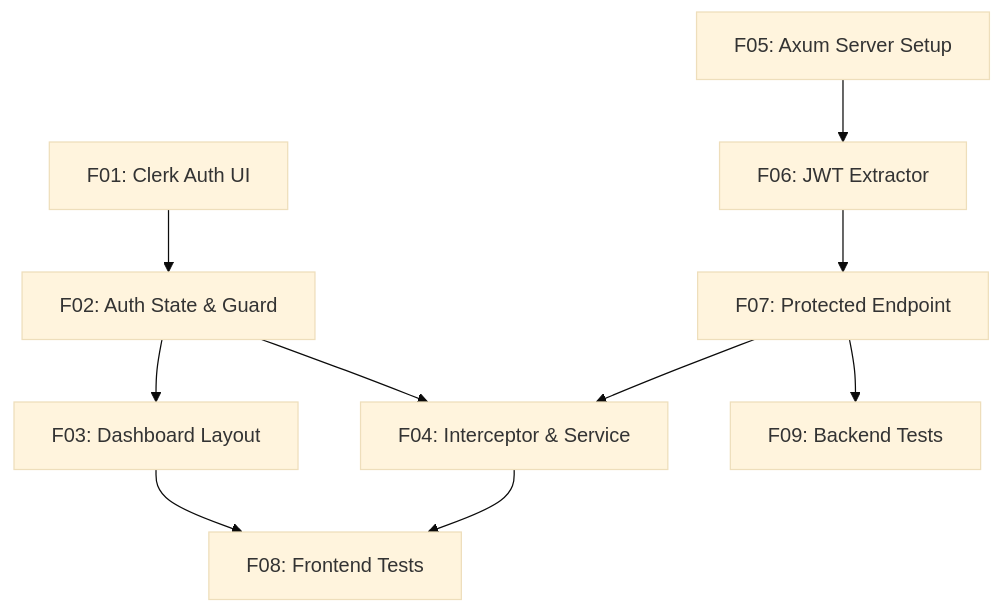
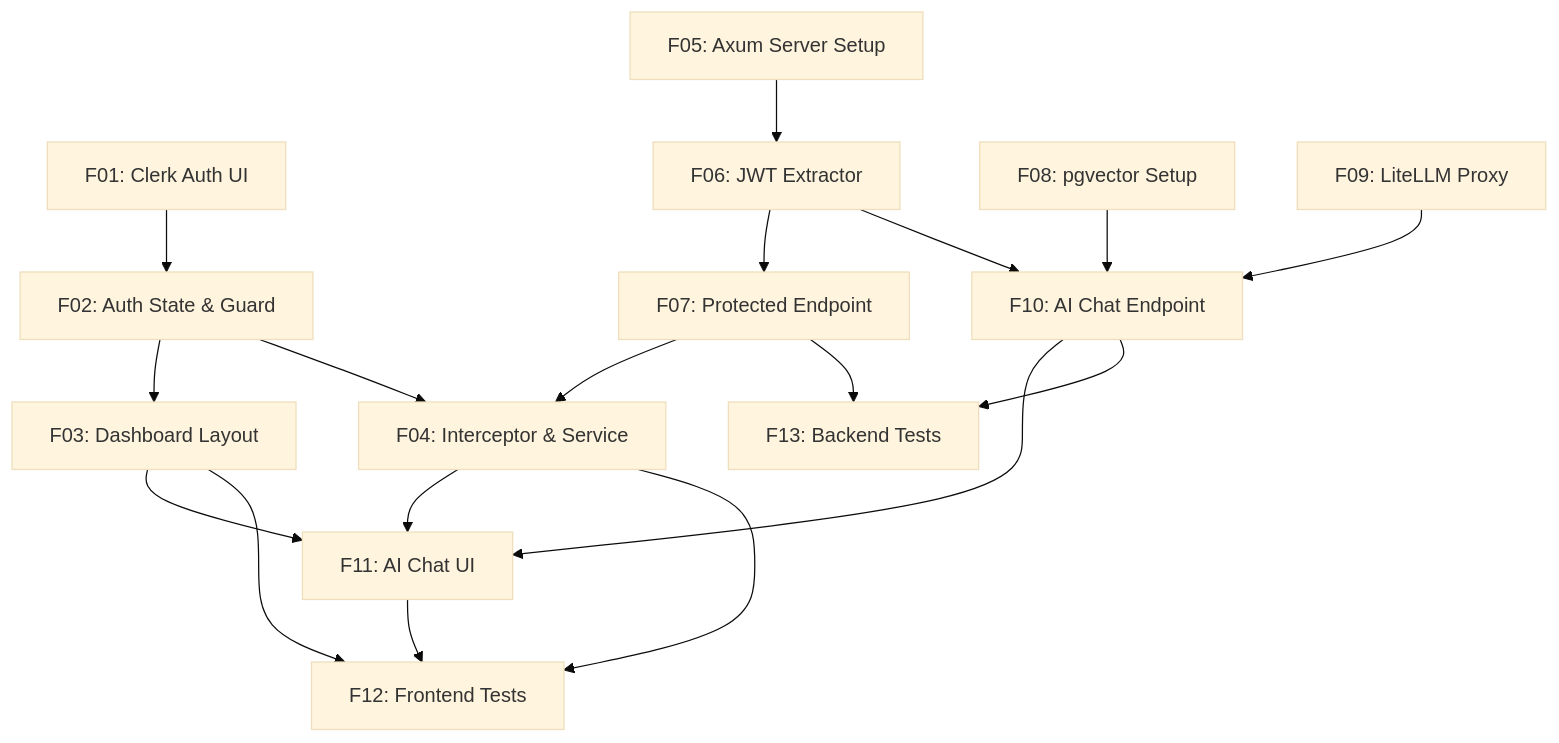
One commit to jvalsesia/angular-rust-clerk changed the diagram in prd.md. Above: the diagram before and after it, drawn with Mermaid (base theme). The commit also changed other lines of this file and 35 other files, not shown here.

Commit message:
feat: implement AI chat workspace with pgvector integration and LiteLLM proxy support

````diff
--- a/prd.md
+++ b/prd.md
@@ -282,12 +394,20 @@
 ```mermaid
 graph TD
   F01[F01: Clerk Auth UI] --> F02[F02: Auth State & Guard]
   F02 --> F03[F03: Dashboard Layout]
   F02 --> F04[F04: Interceptor & Service]
   F05[F05: Axum Server Setup] --> F06[F06: JWT Extractor]
   F06 --> F07[F07: Protected Endpoint]
+  F06 --> F10[F10: AI Chat Endpoint]
   F07 --> F04
-  F07 --> F09[F09: Backend Tests]
-  F03 --> F08[F08: Frontend Tests]
-  F04 --> F08
+  F07 --> F13[F13: Backend Tests]
+  F08[F08: pgvector Setup] --> F10
+  F09[F09: LiteLLM Proxy] --> F10
+  F10 --> F11[F11: AI Chat UI]
+  F10 --> F13
+  F03 --> F11
+  F03 --> F12[F12: Frontend Tests]
+  F04 --> F11
+  F04 --> F12
+  F11 --> F12
 ```
````
